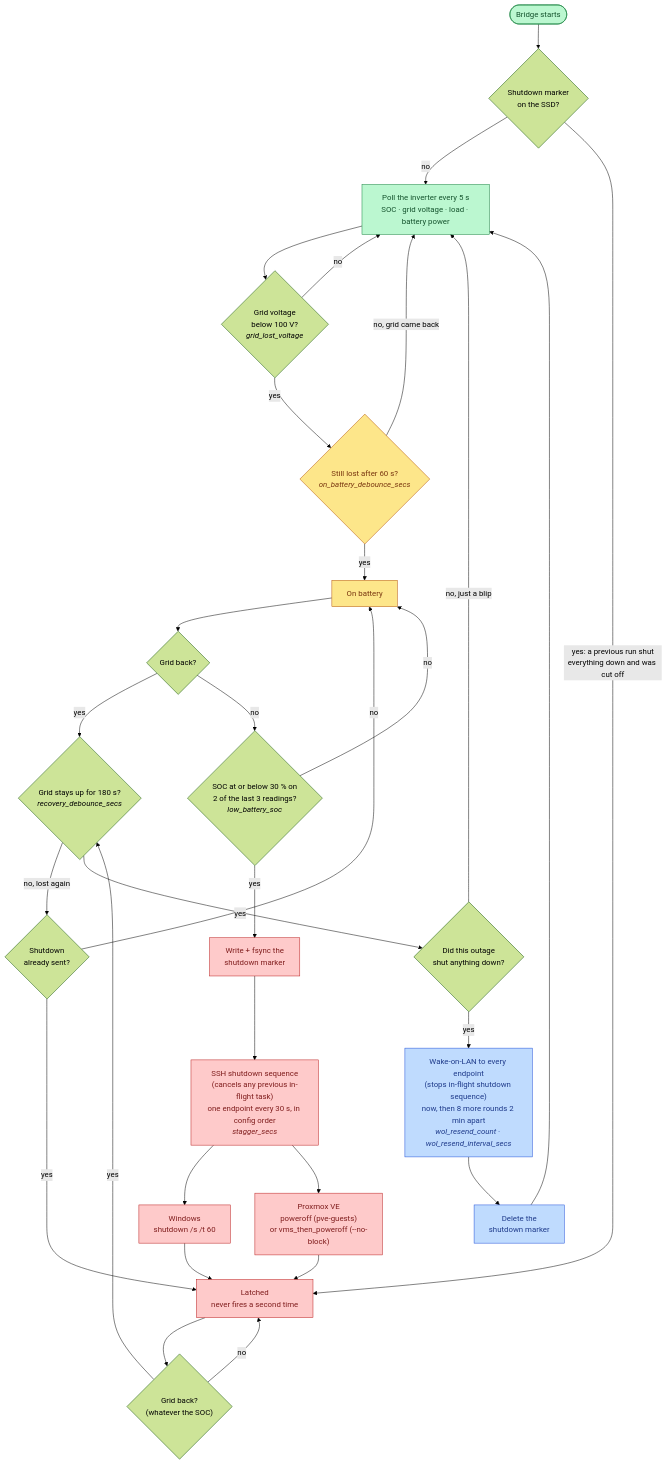
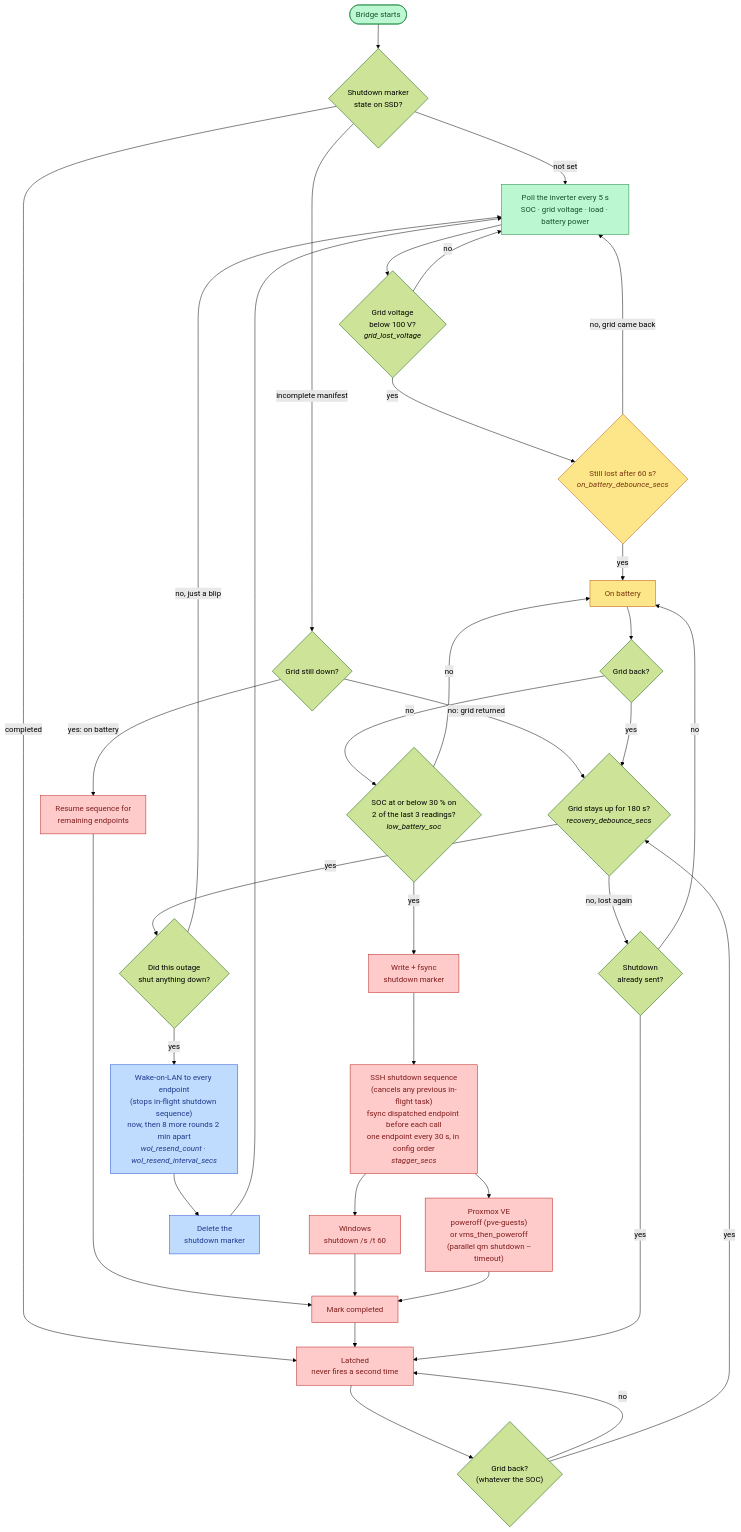
The second of 3 diagrams in README.md (dimon757/modbus-ups-nut), drawn with Mermaid (forest theme) before and after one commit. The commit also changed other lines of this file and 10 other files, not shown here.

Commit message:
Support parallel qm shutdown with native timeout and resumable shutdown manifest

````diff
--- a/README.md
+++ b/README.md
@@ -43,47 +43,50 @@
 ```mermaid
 flowchart TD
-    start(["Bridge starts"]) --> marker{"Shutdown marker<br/>on the SSD?"}
-    marker -- "no" --> poll
-    marker -- "yes: a previous run shut<br/>everything down and was cut off" --> latched
+    start(["Bridge starts"]) --> marker{"Shutdown marker<br/>state on SSD?"}
+    marker -- "not set" --> poll
+    marker -- "completed" --> latched
+    marker -- "incomplete manifest" --> m_grid{"Grid still down?"}
+    m_grid -- "yes: on battery" --> resume["Resume sequence for<br/>remaining endpoints"] --> done_seq["Mark completed"] --> latched
+    m_grid -- "no: grid returned" --> recover
 
     poll["Poll the inverter every 5 s<br/>SOC · grid voltage · load · battery power"] --> lost{"Grid voltage<br/>below 100 V?<br/><i>grid_lost_voltage</i>"}
     lost -- "no" --> poll
     lost -- "yes" --> deb{"Still lost after 60 s?<br/><i>on_battery_debounce_secs</i>"}
     deb -- "no, grid came back" --> poll
     deb -- "yes" --> onbatt["On battery"]
 
     onbatt --> back1{"Grid back?"}
     back1 -- "yes" --> recover
     back1 -- "no" --> low{"SOC at or below 30 % on<br/>2 of the last 3 readings?<br/><i>low_battery_soc</i>"}
     low -- "no" --> onbatt
-    low -- "yes" --> write["Write + fsync the<br/>shutdown marker"]
+    low -- "yes" --> write["Write + fsync<br/>shutdown marker"]
 
-    write --> seq["SSH shutdown sequence<br/>(cancels any previous in-flight task)<br/>one endpoint every 30 s, in config order<br/><i>stagger_secs</i>"]
+    write --> seq["SSH shutdown sequence<br/>(cancels any previous in-flight task)<br/>fsync dispatched endpoint before each call<br/>one endpoint every 30 s, in config order<br/><i>stagger_secs</i>"]
     seq --> win["Windows<br/>shutdown /s /t 60"]
-    seq --> pve["Proxmox VE<br/>poweroff (pve-guests)<br/>or vms_then_poweroff (--no-block)"]
-    win --> latched
-    pve --> latched
+    seq --> pve["Proxmox VE<br/>poweroff (pve-guests)<br/>or vms_then_poweroff<br/>(parallel qm shutdown --timeout)"]
+    win --> done_seq
+    pve --> done_seq
 
     latched["Latched<br/>never fires a second time"] --> healthy{"Grid back?<br/>(whatever the SOC)"}
     healthy -- "no" --> latched
     healthy -- "yes" --> recover
 
     recover{"Grid stays up for 180 s?<br/><i>recovery_debounce_secs</i>"}
     recover -- "no, lost again" --> sent{"Shutdown<br/>already sent?"}
     sent -- "yes" --> latched
     sent -- "no" --> onbatt
     recover -- "yes" --> fired{"Did this outage<br/>shut anything down?"}
     fired -- "no, just a blip" --> poll
     fired -- "yes" --> wol["Wake-on-LAN to every endpoint<br/>(stops in-flight shutdown sequence)<br/>now, then 8 more rounds 2 min apart<br/><i>wol_resend_count · wol_resend_interval_secs</i>"]
     wol --> clear["Delete the<br/>shutdown marker"]
     clear --> poll
 
     classDef ok fill:#bbf7d0,stroke:#15803d,color:#14532d
     classDef warn fill:#fde68a,stroke:#b45309,color:#78350f
     classDef bad fill:#fecaca,stroke:#b91c1c,color:#7f1d1d
     classDef wake fill:#bfdbfe,stroke:#1d4ed8,color:#1e3a8a
     class poll,start ok
     class onbatt,deb warn
-    class write,seq,win,pve,latched bad
+    class write,seq,win,pve,resume,done_seq,latched bad
     class wol,clear wake
 ```
````
